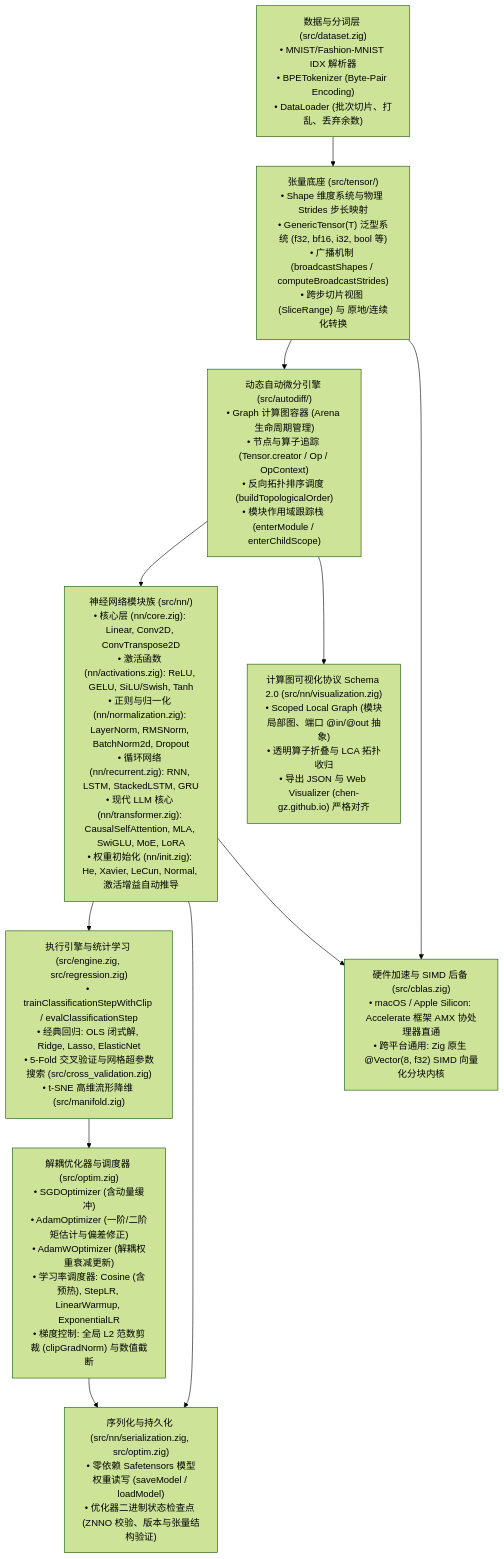
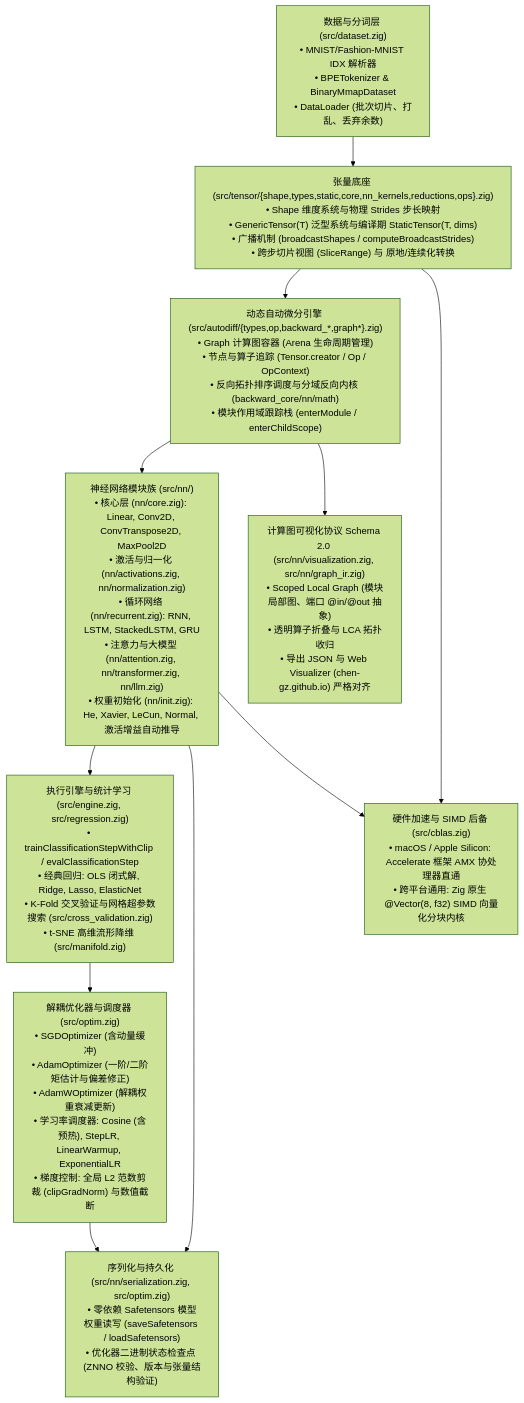
One commit to chen-gz/znn changed the first of 3 diagrams in doc/architecture.md. Above: the diagram before and after it, drawn with Mermaid (forest theme). The commit also changed other lines of this file and 49 other files, not shown here.

````diff
--- a/doc/architecture.md
+++ b/doc/architecture.md
@@ -11,31 +65,31 @@
 ```mermaid
 flowchart TD
-    Dataset["数据与分词层 (src/dataset.zig)\n• MNIST/Fashion-MNIST IDX 解析器\n• BPETokenizer (Byte-Pair Encoding)\n• DataLoader (批次切片、打乱、丢弃余数)"]
+    Dataset["数据与分词层 (src/dataset.zig)\n• MNIST/Fashion-MNIST IDX 解析器\n• BPETokenizer & BinaryMmapDataset\n• DataLoader (批次切片、打乱、丢弃余数)"]
     
-    TensorCore["张量底座 (src/tensor/)\n• Shape 维度系统与物理 Strides 步长映射\n• GenericTensor(T) 泛型系统 (f32, bf16, i32, bool 等)\n• 广播机制 (broadcastShapes / computeBroadcastStrides)\n• 跨步切片视图 (SliceRange) 与 原地/连续化转换"]
+    TensorCore["张量底座 (src/tensor/{shape,types,static,core,nn_kernels,reductions,ops}.zig)\n• Shape 维度系统与物理 Strides 步长映射\n• GenericTensor(T) 泛型系统与编译期 StaticTensor(T, dims)\n• 广播机制 (broadcastShapes / computeBroadcastStrides)\n• 跨步切片视图 (SliceRange) 与 原地/连续化转换"]
     
-    Autodiff["动态自动微分引擎 (src/autodiff/)\n• Graph 计算图容器 (Arena 生命周期管理)\n• 节点与算子追踪 (Tensor.creator / Op / OpContext)\n• 反向拓扑排序调度 (buildTopologicalOrder)\n• 模块作用域跟踪栈 (enterModule / enterChildScope)"]
+    Autodiff["动态自动微分引擎 (src/autodiff/{types,op,backward_*,graph*}.zig)\n• Graph 计算图容器 (Arena 生命周期管理)\n• 节点与算子追踪 (Tensor.creator / Op / OpContext)\n• 反向拓扑排序调度与分域反向内核 (backward_core/nn/math)\n• 模块作用域跟踪栈 (enterModule / enterChildScope)"]
     
-    NNModules["神经网络模块族 (src/nn/)\n• 核心层 (nn/core.zig): Linear, Conv2D, ConvTranspose2D\n• 激活函数 (nn/activations.zig): ReLU, GELU, SiLU/Swish, Tanh\n• 正则与归一化 (nn/normalization.zig): LayerNorm, RMSNorm, BatchNorm2d, Dropout\n• 循环网络 (nn/recurrent.zig): RNN, LSTM, StackedLSTM, GRU\n• 现代 LLM 核心 (nn/transformer.zig): CausalSelfAttention, MLA, SwiGLU, MoE, LoRA\n• 权重初始化 (nn/init.zig): He, Xavier, LeCun, Normal, 激活增益自动推导"]
+    NNModules["神经网络模块族 (src/nn/)\n• 核心层 (nn/core.zig): Linear, Conv2D, ConvTranspose2D, MaxPool2D\n• 激活与归一化 (nn/activations.zig, nn/normalization.zig)\n• 循环网络 (nn/recurrent.zig): RNN, LSTM, StackedLSTM, GRU\n• 注意力与大模型 (nn/attention.zig, nn/transformer.zig, nn/llm.zig)\n• 权重初始化 (nn/init.zig): He, Xavier, LeCun, Normal, 激活增益自动推导"]
     
-    Engine["执行引擎与统计学习 (src/engine.zig, src/regression.zig)\n• trainClassificationStepWithClip / evalClassificationStep\n• 经典回归: OLS 闭式解, Ridge, Lasso, ElasticNet\n• 5-Fold 交叉验证与网格超参数搜索 (src/cross_validation.zig)\n• t-SNE 高维流形降维 (src/manifold.zig)"]
+    Engine["执行引擎与统计学习 (src/engine.zig, src/regression.zig)\n• trainClassificationStepWithClip / evalClassificationStep\n• 经典回归: OLS 闭式解, Ridge, Lasso, ElasticNet\n• K-Fold 交叉验证与网格超参数搜索 (src/cross_validation.zig)\n• t-SNE 高维流形降维 (src/manifold.zig)"]
     
     Optimizers["解耦优化器与调度器 (src/optim.zig)\n• SGDOptimizer (含动量缓冲)\n• AdamOptimizer (一阶/二阶矩估计与偏差修正)\n• AdamWOptimizer (解耦权重衰减更新)\n• 学习率调度器: Cosine (含预热), StepLR, LinearWarmup, ExponentialLR\n• 梯度控制: 全局 L2 范数剪裁 (clipGradNorm) 与数值截断"]
     
-    Persistence["序列化与持久化 (src/nn/serialization.zig, src/optim.zig)\n• 零依赖 Safetensors 模型权重读写 (saveModel / loadModel)\n• 优化器二进制状态检查点 (ZNNO 校验、版本与张量结构验证)"]
+    Persistence["序列化与持久化 (src/nn/serialization.zig, src/optim.zig)\n• 零依赖 Safetensors 模型权重读写 (saveSafetensors / loadSafetensors)\n• 优化器二进制状态检查点 (ZNNO 校验、版本与张量结构验证)"]
     
-    Visualization["计算图可视化协议 Schema 2.0 (src/nn/visualization.zig)\n• Scoped Local Graph (模块局部图、端口 @in/@out 抽象)\n• 透明算子折叠与 LCA 拓扑收归\n• 导出 JSON 与 Web Visualizer (chen-gz.github.io) 严格对齐"]
+    Visualization["计算图可视化协议 Schema 2.0 (src/nn/visualization.zig, src/nn/graph_ir.zig)\n• Scoped Local Graph (模块局部图、端口 @in/@out 抽象)\n• 透明算子折叠与 LCA 拓扑收归\n• 导出 JSON 与 Web Visualizer (chen-gz.github.io) 严格对齐"]
     
     Hardware["硬件加速与 SIMD 后备 (src/cblas.zig)\n• macOS / Apple Silicon: Accelerate 框架 AMX 协处理器直通\n• 跨平台通用: Zig 原生 @Vector(8, f32) SIMD 向量化分块内核"]
 
     Dataset --> TensorCore
     TensorCore --> Autodiff
     Autodiff --> NNModules
     NNModules --> Engine
     Engine --> Optimizers
     NNModules --> Persistence
     Optimizers --> Persistence
     Autodiff --> Visualization
     TensorCore --> Hardware
     NNModules --> Hardware
 ```
````
